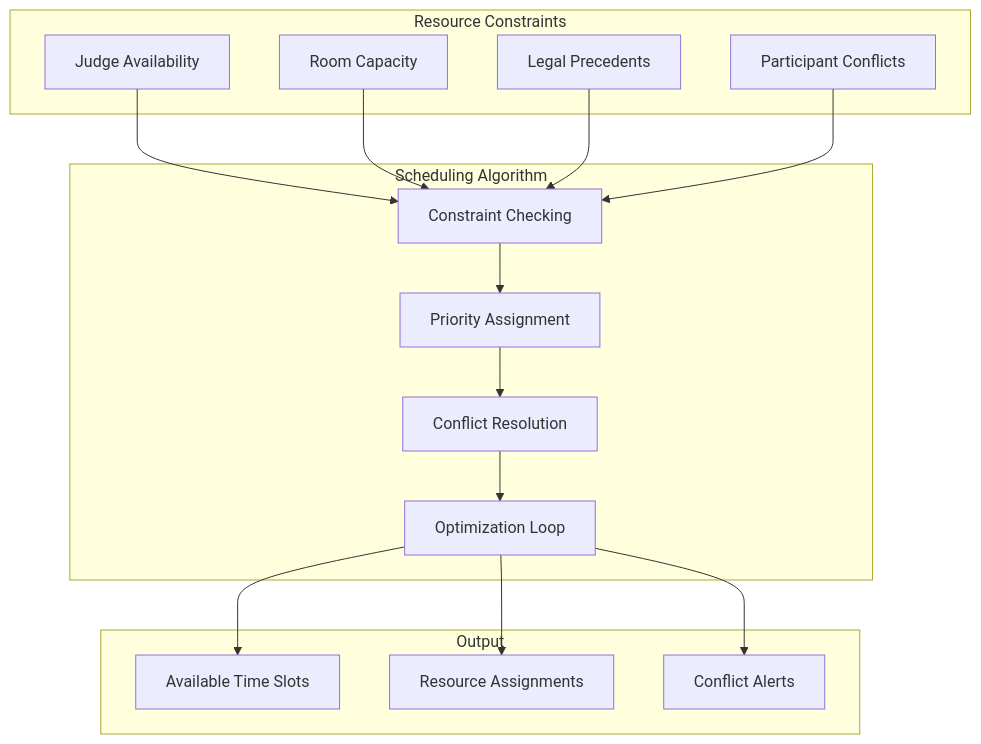
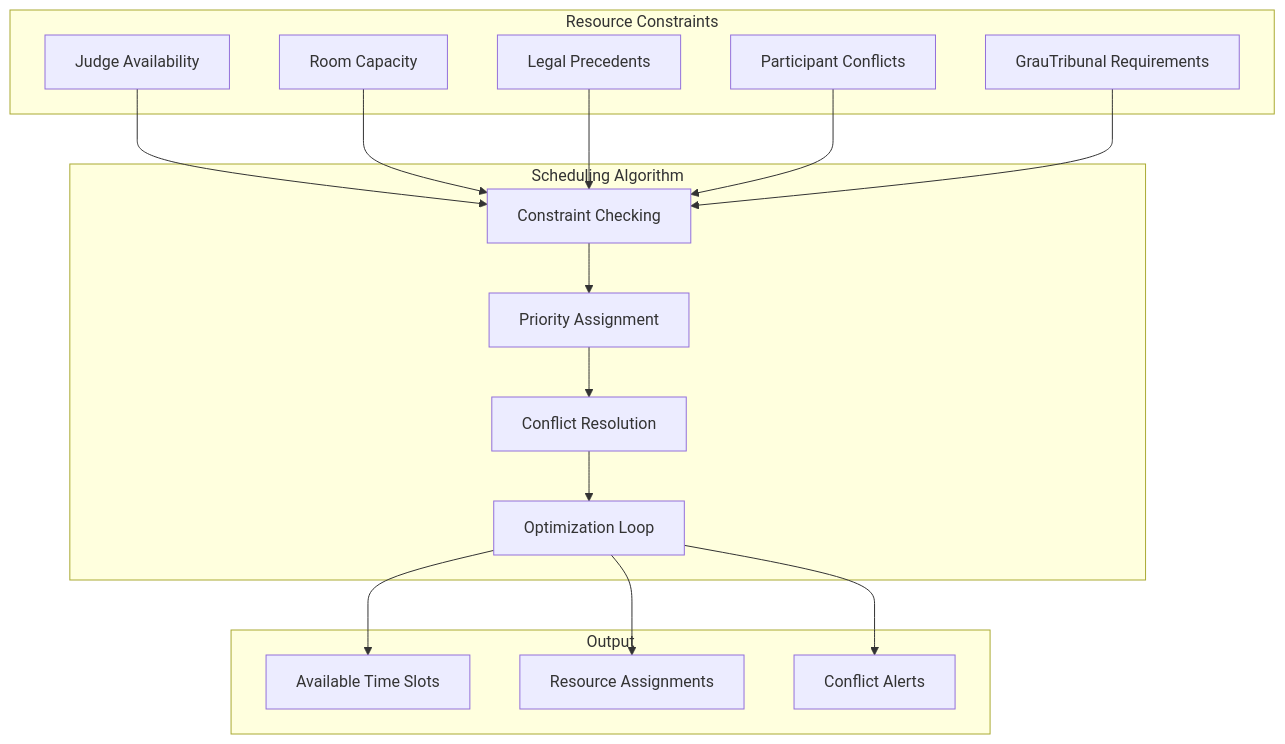
One commit to SinesysTech/zattar-os changed the eighth of 20 diagrams in .qoder/repowiki/en/content/Audiência Management.md. Above: the diagram before and after it, drawn with Mermaid. The commit also changed other lines of this file and 4 other files, not shown here.

````diff
--- a/.qoder/repowiki/en/content/Audiência Management.md
+++ b/.qoder/repowiki/en/content/Audiência Management.md
@@ -412,30 +471,32 @@
 ```mermaid
 flowchart TD
 subgraph "Resource Constraints"
 RC1[Judge Availability]
 RC2[Room Capacity]
 RC3[Legal Precedents]
 RC4[Participant Conflicts]
+RC5[GrauTribunal Requirements]
 end
 subgraph "Scheduling Algorithm"
 SA1[Constraint Checking]
 SA2[Priority Assignment]
 SA3[Conflict Resolution]
 SA4[Optimization Loop]
 end
 subgraph "Output"
 O1[Available Time Slots]
 O2[Resource Assignments]
 O3[Conflict Alerts]
 end
 RC1 --> SA1
 RC2 --> SA1
 RC3 --> SA1
 RC4 --> SA1
+RC5 --> SA1
 SA1 --> SA2
 SA2 --> SA3
 SA3 --> SA4
 SA4 --> O1
 SA4 --> O2
 SA4 --> O3
 ```
````
